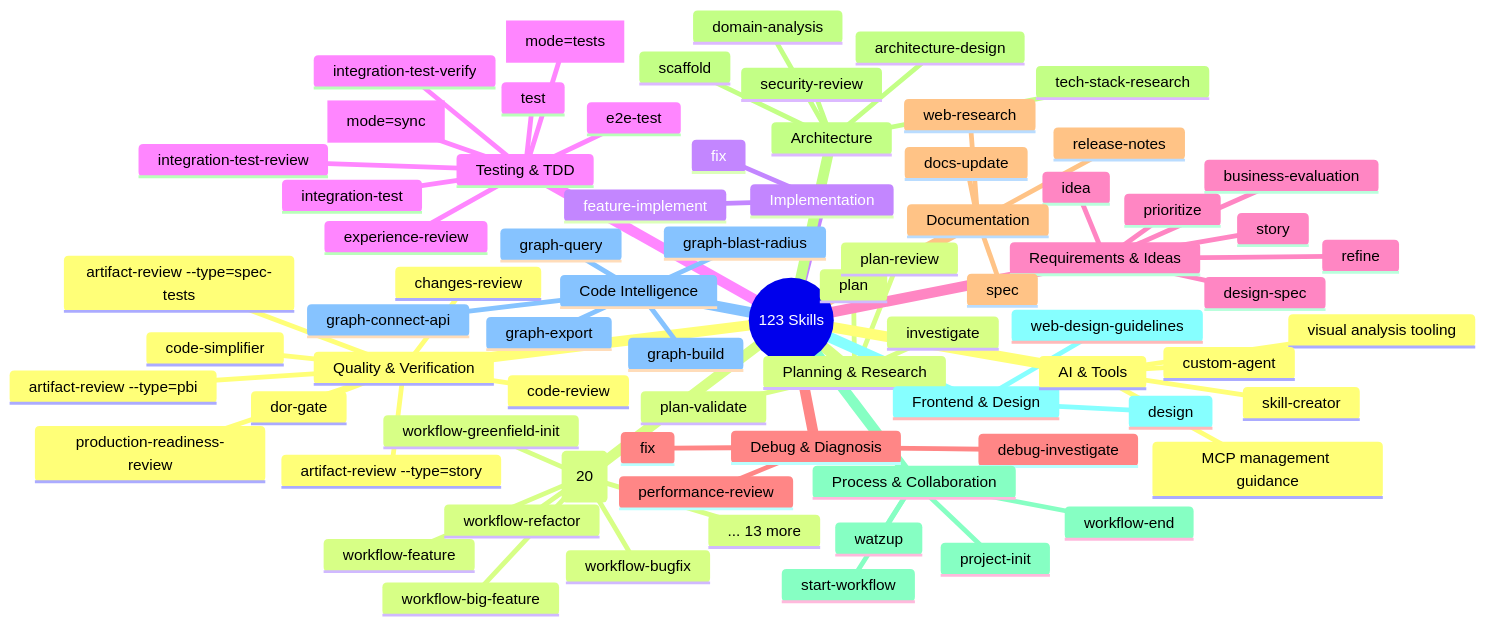
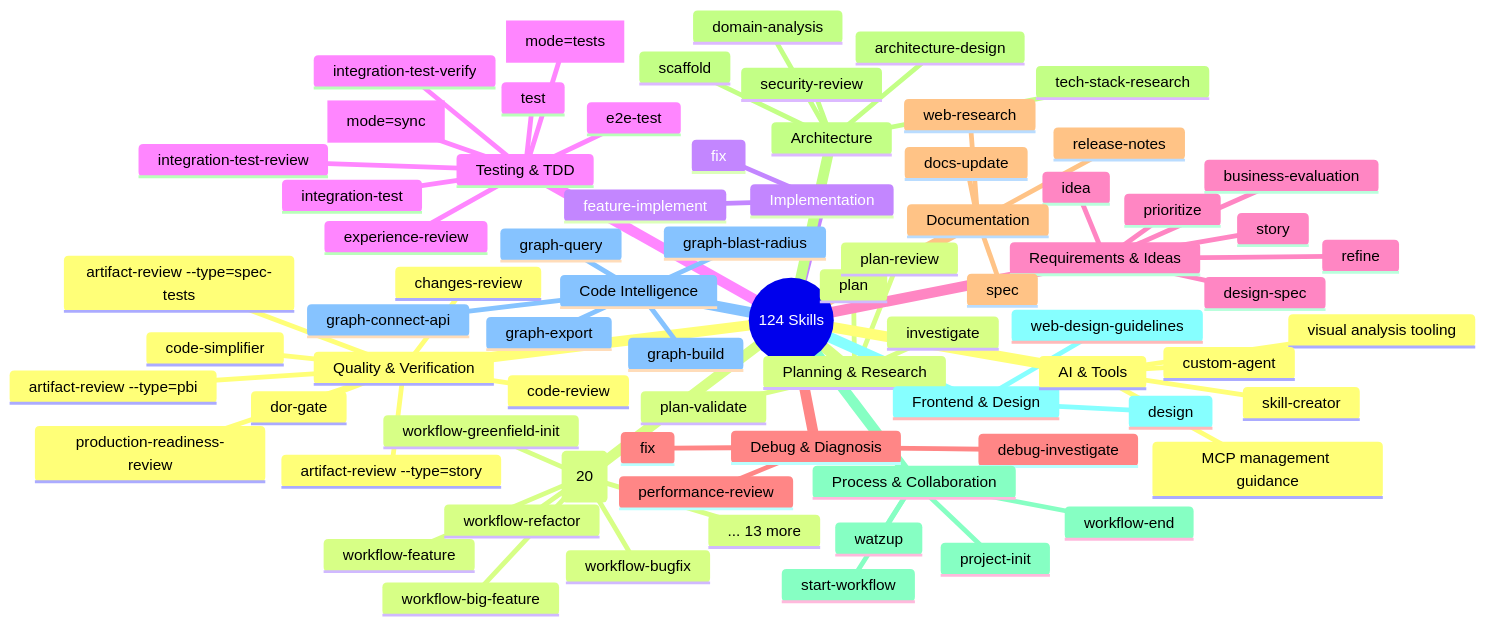
Before and after one commit to duc01226/easy-claude: the fifth of 20 diagrams in .claude/docs/claude-ai-agent-framework-guide.md, drawn with Mermaid. The commit also changed other lines of this file and 106 other files, not shown here.

````diff
--- a/.claude/docs/claude-ai-agent-framework-guide.md
+++ b/.claude/docs/claude-ai-agent-framework-guide.md
@@ -480,78 +480,78 @@
 ```mermaid
 mindmap
-  root((123 Skills))
+  root((124 Skills))
     Quality & Verification
       code-review
       dor-gate
       changes-review
       code-simplifier
       production-readiness-review
       artifact-review --type=pbi
       artifact-review --type=story
       artifact-review --type=spec-tests
     Planning & Research
       plan
       plan-review
       plan-validate
       investigate
     Implementation
       feature-implement
       fix
     Testing & TDD
       spec [mode=tests]
       integration-test
       integration-test-review
       integration-test-verify
       e2e-test
       spec [mode=sync]
       test
       experience-review
     Requirements & Ideas
       idea
       refine
       story
       business-evaluation
       prioritize
       design-spec
     Debug & Diagnosis
       debug-investigate
       fix
       performance-review
     Documentation
       spec
       docs-update
       release-notes
       web-research
     Architecture
       security-review
       architecture-design
       domain-analysis
       scaffold
       tech-stack-research
     Process & Collaboration
       start-workflow
       workflow-end
       project-init
       watzup
     Frontend & Design
       design
       web-design-guidelines
     Code Intelligence
       graph-build
       graph-blast-radius
       graph-query
       graph-export
       graph-connect-api
     AI & Tools
       visual analysis tooling
       custom-agent
       MCP management guidance
       skill-creator
     Workflow Triggers (20)
       workflow-feature
       workflow-big-feature
       workflow-bugfix
       workflow-greenfield-init
       workflow-refactor
       ... 13 more
 ```
````
